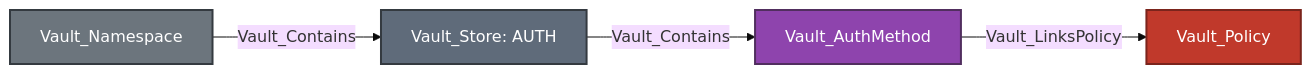
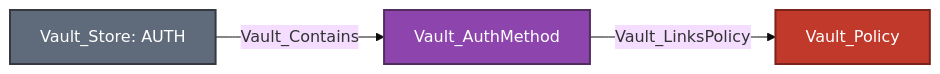
One commit to bytewreck/opengraph-vault changed the second of 28 diagrams in Documentation/stores/AUTH.md. Above: the diagram before and after it, drawn with Mermaid (base theme). The commit also changed other lines of this file, not shown here.

````diff
--- a/Documentation/stores/AUTH.md
+++ b/Documentation/stores/AUTH.md
@@ -124,11 +122,9 @@
 ```mermaid
 flowchart LR
-    namespace[Vault_Namespace]:::namespaceNode -->|Vault_Contains| store["Vault_Store: AUTH"]:::storeNode
-    store -->|Vault_Contains| method[Vault_AuthMethod]:::authMethodNode
+    store["Vault_Store: AUTH"]:::storeNode -->|Vault_Contains| method[Vault_AuthMethod]:::authMethodNode
     method -->|Vault_LinksPolicy| policy[Vault_Policy]:::policyNode
 
-    classDef namespaceNode fill:#6C757D,color:#fff,stroke:#343A40,stroke-width:2px
     classDef storeNode fill:#5F6B7A,color:#fff,stroke:#343A40,stroke-width:2px
     classDef authMethodNode fill:#8E44AD,color:#fff,stroke:#512E5F,stroke-width:2px
     classDef policyNode fill:#C0392B,color:#fff,stroke:#7B241C,stroke-width:2px
 ```
````
